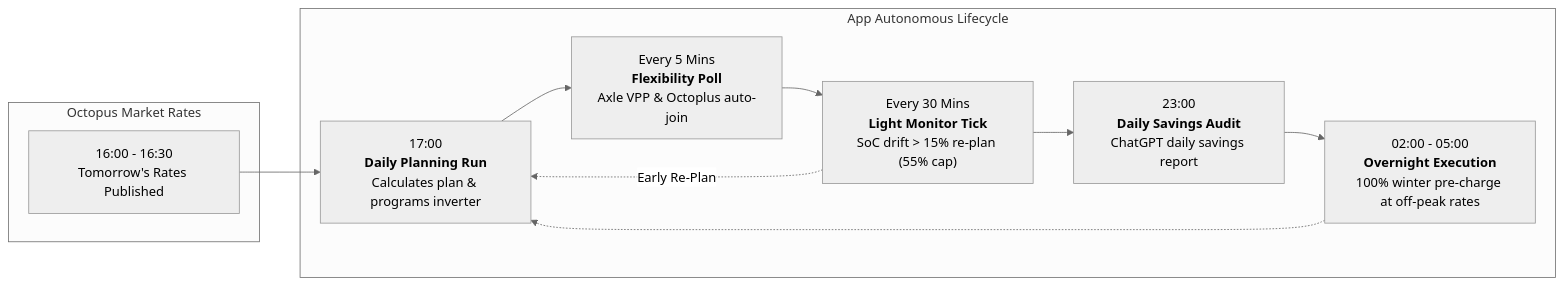
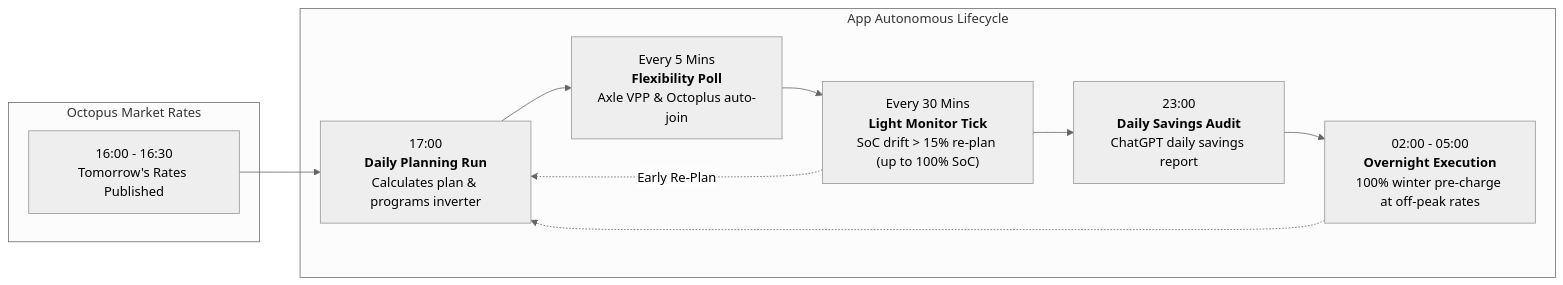
The first of 2 diagrams in ha-addon/DOCS.md (revhawk/GivEnergy_Tracker), drawn with Mermaid (neutral theme) before and after one commit. The commit also changed other lines of this file and 9 other files, not shown here.

````diff
--- a/ha-addon/DOCS.md
+++ b/ha-addon/DOCS.md
@@ -57,22 +57,22 @@
 ```mermaid
 flowchart LR
     subgraph Market["Octopus Market Rates"]
         Rates["16:00 - 16:30<br/>Tomorrow's Rates Published"]
     end
 
-    subgraph Addon["App Autonomous Lifecycle"]
+    subgraph App["App Autonomous Lifecycle"]
         Plan["17:00<br/><b>Daily Planning Run</b><br/>Calculates plan & programs inverter"]
         Flex["Every 5 Mins<br/><b>Flexibility Poll</b><br/>Axle VPP & Octoplus auto-join"]
-        Drift["Every 30 Mins<br/><b>Light Monitor Tick</b><br/>SoC drift > 15% re-plan (55% cap)"]
+        Drift["Every 30 Mins<br/><b>Light Monitor Tick</b><br/>SoC drift > 15% re-plan (up to 100% SoC)"]
         Audit["23:00<br/><b>Daily Savings Audit</b><br/>ChatGPT daily savings report"]
         Charge["02:00 - 05:00<br/><b>Overnight Execution</b><br/>100% winter pre-charge at off-peak rates"]
     end
 
     Rates --> Plan
     Plan --> Flex
     Flex --> Drift
     Drift -.->|Early Re-Plan| Plan
     Drift --> Audit
     Audit --> Charge
     Charge -.-> Plan
 ```
````
